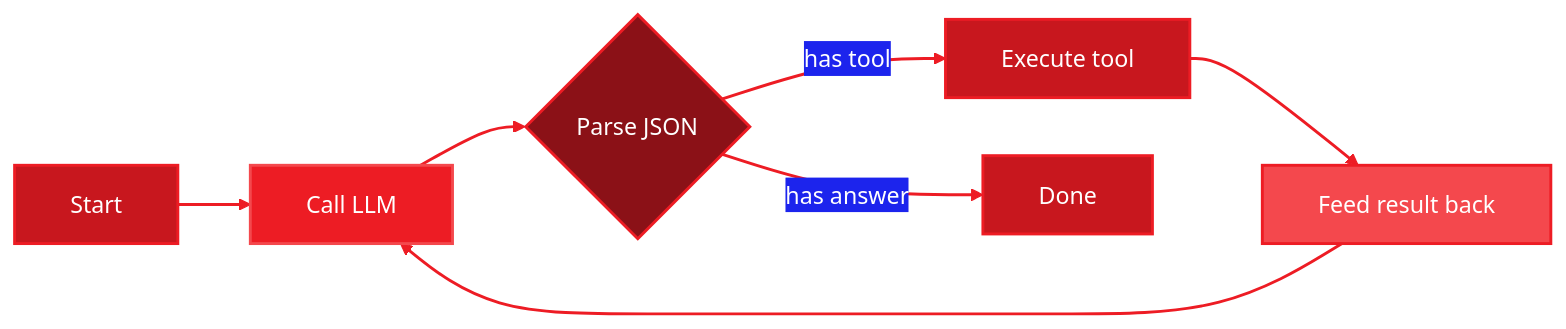
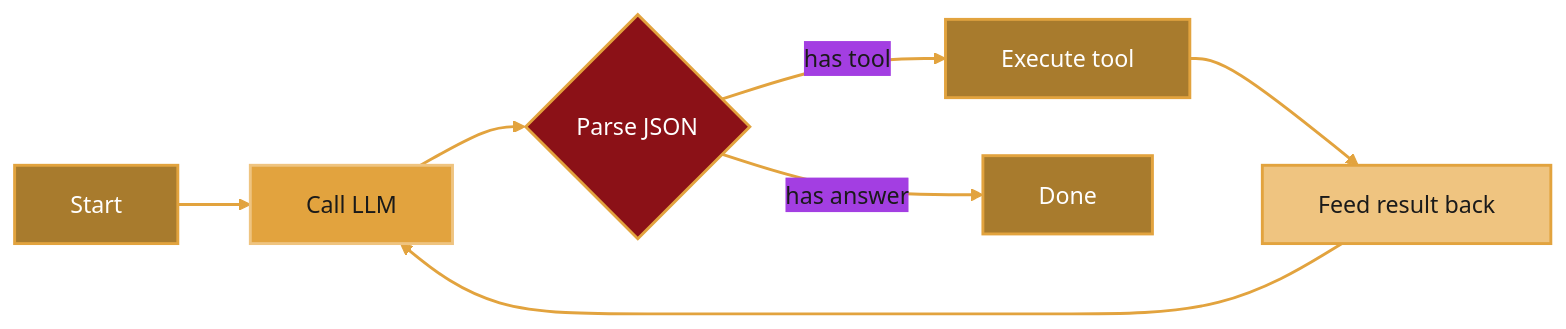
Before and after one commit to amd/gaia: the second of 3 diagrams in docs/cpp/overview.mdx, drawn with Mermaid. The commit also changed other lines of this file and 37 other files, not shown here.

````diff
--- a/docs/cpp/overview.mdx
+++ b/docs/cpp/overview.mdx
@@ -71,18 +71,18 @@
 ```mermaid
-%%{init: {'theme':'base', 'themeVariables': { 'primaryColor':'#ED1C24', 'fontSize':'16px', 'lineColor':'#ED1C24', 'primaryTextColor':'#fff'}, 'flowchart': {'curve': 'basis', 'nodeSpacing': 40}}}%%
+%%{init: {'theme':'base', 'themeVariables': { 'primaryColor':'#E2A33E', 'fontSize':'16px', 'lineColor':'#E2A33E', 'primaryTextColor':'#1a1a1a'}, 'flowchart': {'curve': 'basis', 'nodeSpacing': 40}}}%%
 graph LR
     S["&nbsp;&nbsp;Start&nbsp;&nbsp;"] --> A["&nbsp;&nbsp;Call LLM&nbsp;&nbsp;"]
     A --> B{"&nbsp;&nbsp;Parse JSON&nbsp;&nbsp;"}
     B -->|"has tool"| C["&nbsp;&nbsp;Execute tool&nbsp;&nbsp;"]
     C --> D["&nbsp;&nbsp;Feed result back&nbsp;&nbsp;"]
     D --> A
     B -->|"has answer"| E["&nbsp;&nbsp;Done&nbsp;&nbsp;"]
 
-    style S fill:#C8171E,stroke:#ED1C24,stroke-width:2px,color:#fff
-    style A fill:#ED1C24,stroke:#F4484D,stroke-width:2px,color:#fff
-    style B fill:#8B1117,stroke:#ED1C24,stroke-width:2px,color:#fff
-    style C fill:#C8171E,stroke:#ED1C24,stroke-width:2px,color:#fff
-    style D fill:#F4484D,stroke:#ED1C24,stroke-width:2px,color:#fff
-    style E fill:#C8171E,stroke:#ED1C24,stroke-width:2px,color:#fff
-    linkStyle default stroke:#ED1C24,stroke-width:2px
+    style S fill:#A87B2D,stroke:#E2A33E,stroke-width:2px,color:#fff
+    style A fill:#E2A33E,stroke:#EFC480,stroke-width:2px,color:#1a1a1a
+    style B fill:#8B1117,stroke:#E2A33E,stroke-width:2px,color:#fff
+    style C fill:#A87B2D,stroke:#E2A33E,stroke-width:2px,color:#fff
+    style D fill:#EFC480,stroke:#E2A33E,stroke-width:2px,color:#1a1a1a
+    style E fill:#A87B2D,stroke:#E2A33E,stroke-width:2px,color:#fff
+    linkStyle default stroke:#E2A33E,stroke-width:2px
 ```
````
